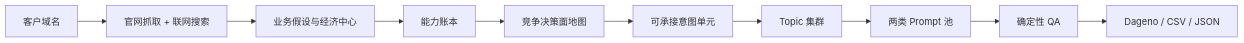
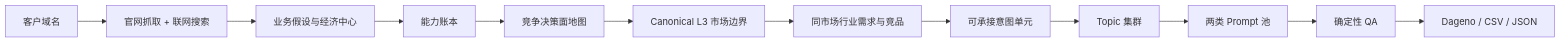
The diagram in README.zh-CN.md (dageno-agents/dageno-online-topic-prompt-generator), drawn with Mermaid before and after one commit. The commit also changed other lines of this file and 15 other files, not shown here.

````diff
--- a/README.zh-CN.md
+++ b/README.zh-CN.md
@@ -26,12 +27,14 @@
 ```mermaid
 flowchart LR
   A["客户域名"] --> B["官网抓取 + 联网搜索"]
   B --> C["业务假设与经济中心"]
   C --> D["能力账本"]
   D --> E["竞争决策面地图"]
-  E --> F["可承接意图单元"]
-  F --> G["Topic 集群"]
-  G --> H["两类 Prompt 池"]
-  H --> I["确定性 QA"]
-  I --> J["Dageno / CSV / JSON"]
+  E --> F["Canonical L3 市场边界"]
+  F --> G["同市场行业需求与竞品"]
+  G --> H["可承接意图单元"]
+  H --> I["Topic 集群"]
+  I --> J["两类 Prompt 池"]
+  J --> K["确定性 QA"]
+  K --> L["Dageno / CSV / JSON"]
 ```
````
